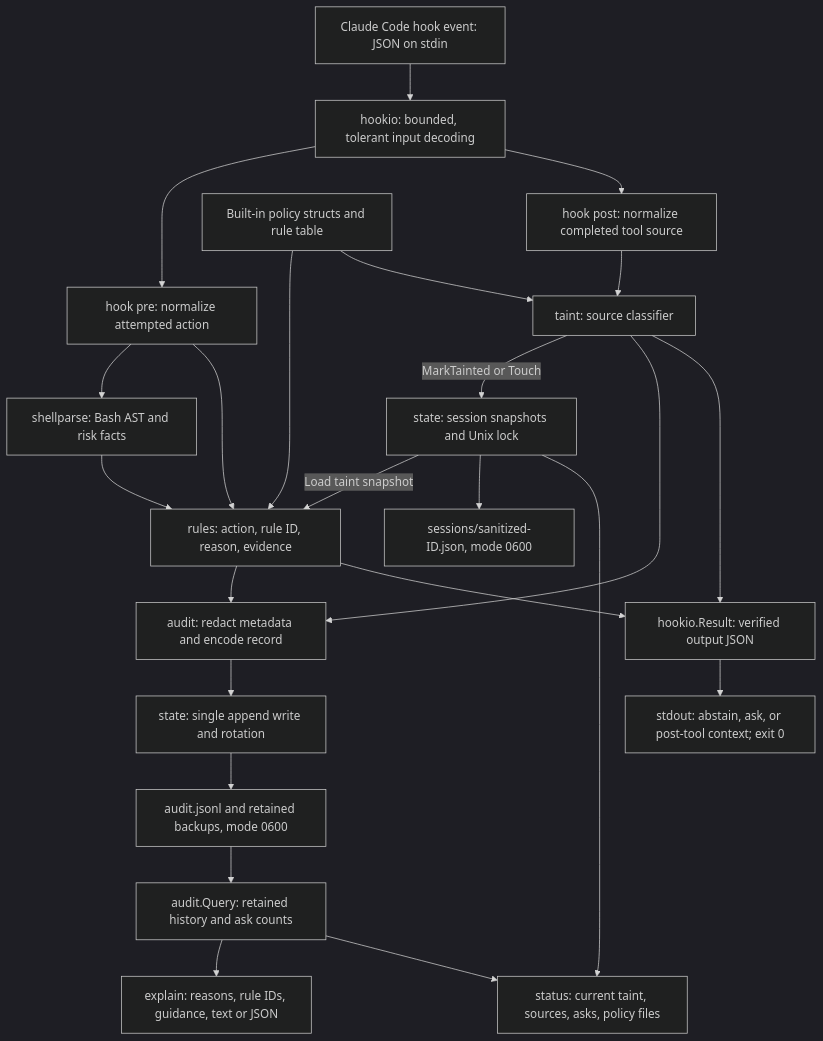
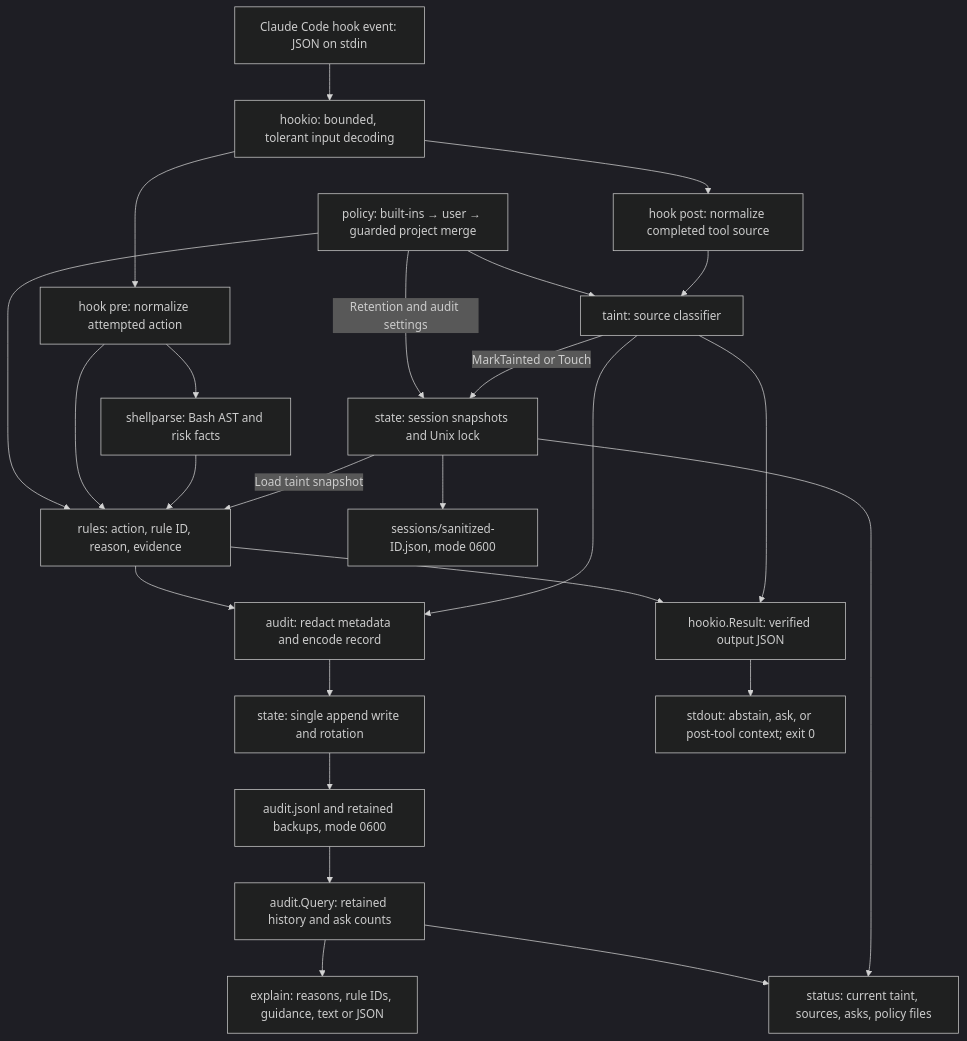
Before and after one commit to ratuhin1122/taintwatch: the diagram in docs/ARCHITECTURE.md, drawn with Mermaid (dark theme). The commit also changed other lines of this file and 37 other files, not shown here.

````diff
--- a/docs/ARCHITECTURE.md
+++ b/docs/ARCHITECTURE.md
@@ -8,26 +8,27 @@
 ```mermaid
 flowchart TD
     Claude["Claude Code hook event: JSON on stdin"] --> Input["hookio: bounded, tolerant input decoding"]
     Input --> Pre["hook pre: normalize attempted action"]
     Input --> Post["hook post: normalize completed tool source"]
-    Policy["Built-in policy structs and rule table"] --> Rules
+    Policy["policy: built-ins → user → guarded project merge"] --> Rules
     Policy --> Taint
+    Policy -->|"Retention and audit settings"| State
     Pre --> Shell["shellparse: Bash AST and risk facts"]
     Pre --> Rules["rules: action, rule ID, reason, evidence"]
     Shell --> Rules
     State["state: session snapshots and Unix lock"] -->|"Load taint snapshot"| Rules
     Post --> Taint["taint: source classifier"]
     Taint -->|"MarkTainted or Touch"| State
     Rules --> Audit["audit: redact metadata and encode record"]
     Taint --> Audit
     Audit --> Store["state: single append write and rotation"]
     Store --> Log["audit.jsonl and retained backups, mode 0600"]
     Rules --> Result["hookio.Result: verified output JSON"]
     Taint --> Result
     Result --> Output["stdout: abstain, ask, or post-tool context; exit 0"]
     State --> Sessions["sessions/sanitized-ID.json, mode 0600"]
     Log --> Query["audit.Query: retained history and ask counts"]
     Query --> Explain["explain: reasons, rule IDs, guidance, text or JSON"]
     Query --> Status["status: current taint, sources, asks, policy files"]
     State --> Status
 ```
````
